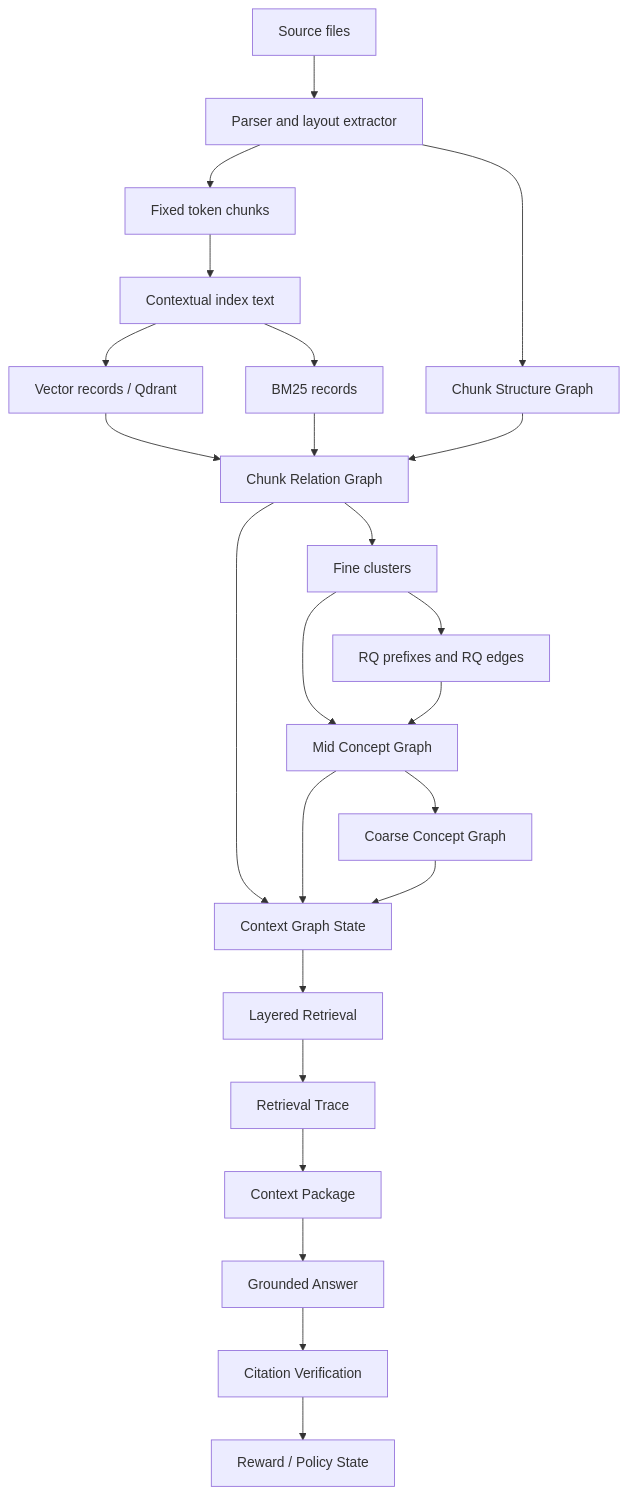
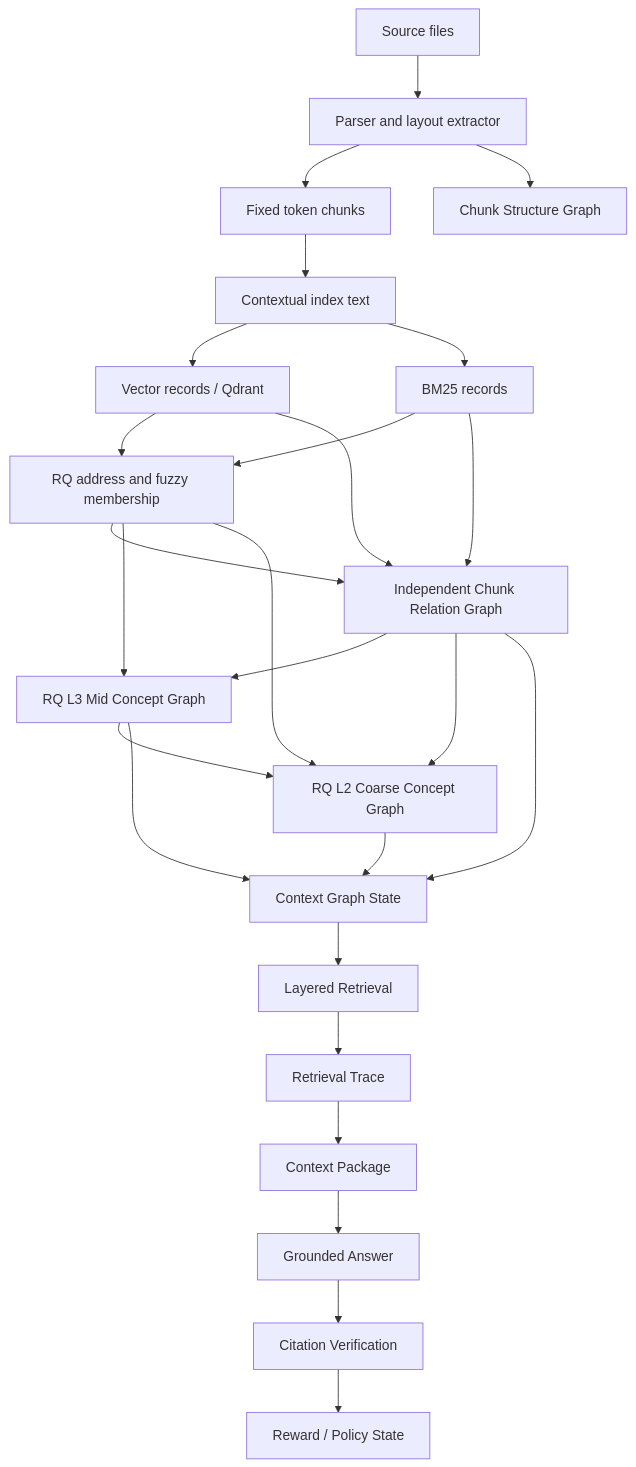
The first of 11 diagrams in docs/technical-spec.md (Sggggt/SymboGraph), drawn with Mermaid before and after one commit. The commit also changed other lines of this file and 57 other files, not shown here.

Commit message:
v1.3.1 beta: 重新划分了四层图的边界，更新了图谱生成架构

````diff
--- a/docs/technical-spec.md
+++ b/docs/technical-spec.md
@@ -121,26 +123,28 @@
 ```mermaid
 flowchart TB
     F["Source files"] --> P["Parser and layout extractor"]
     P --> C["Fixed token chunks"]
     P --> S["Chunk Structure Graph"]
     C --> X["Contextual index text"]
     X --> V["Vector records / Qdrant"]
     X --> B["BM25 records"]
-    V --> R["Chunk Relation Graph"]
+    V --> RQ["RQ address and fuzzy membership"]
+    B --> RQ
+    V --> R["Independent Chunk Relation Graph"]
     B --> R
-    S --> R
-    R --> FC["Fine clusters"]
-    FC --> RQ["RQ prefixes and RQ edges"]
-    FC --> M["Mid Concept Graph"]
-    RQ --> M
-    M --> K["Coarse Concept Graph"]
+    RQ --> R
+    RQ --> M["RQ L3 Mid Concept Graph"]
+    R --> M
+    RQ --> K["RQ L2 Coarse Concept Graph"]
+    M --> K
+    R --> K
     R --> CG["Context Graph State"]
     M --> CG
     K --> CG
     CG --> L["Layered Retrieval"]
     L --> T["Retrieval Trace"]
     T --> CP["Context Package"]
     CP --> A["Grounded Answer"]
     A --> CV["Citation Verification"]
     CV --> RW["Reward / Policy State"]
 ```
````
